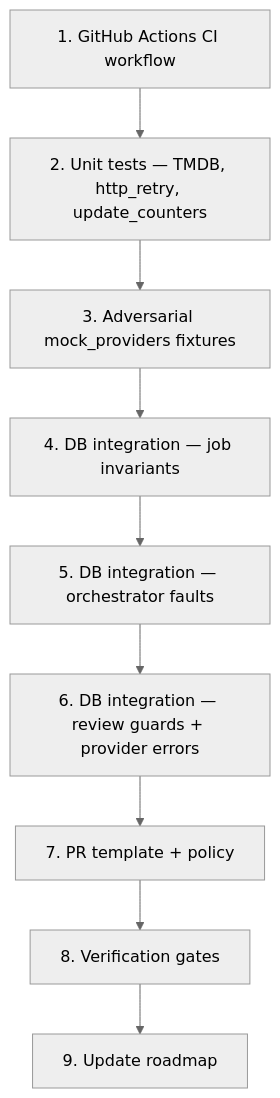
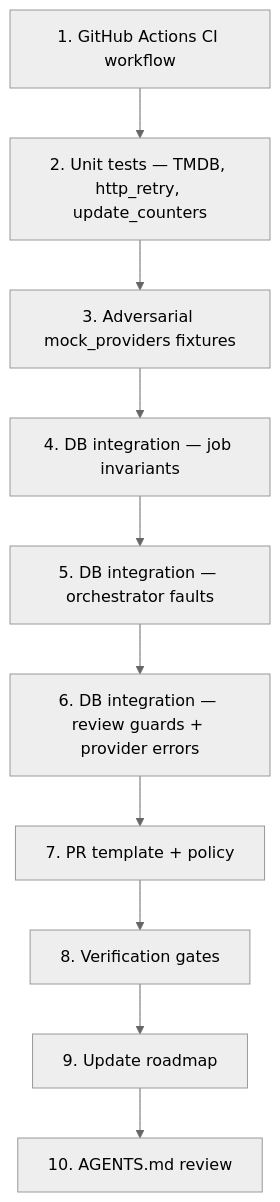
The diagram in documents/phase-2.5-plan.md (BlackLodgeLabs/cuebox), drawn with Mermaid (neutral theme) before and after one commit. The commit also changed other lines of this file, not shown here.

First line of the commit message:
phase-2.5: enhance execution plan with gates, roadmap tracking, and AGENTS.md review

````diff
--- a/documents/phase-2.5-plan.md
+++ b/documents/phase-2.5-plan.md
@@ -86,11 +89,12 @@
 ```mermaid
 flowchart TD
     A[1. GitHub Actions CI workflow] --> B[2. Unit tests — TMDB, http_retry, update_counters]
     B --> C[3. Adversarial mock_providers fixtures]
     C --> D[4. DB integration — job invariants]
     D --> E[5. DB integration — orchestrator faults]
     E --> F[6. DB integration — review guards + provider errors]
     F --> G[7. PR template + policy]
     G --> H[8. Verification gates]
     H --> I[9. Update roadmap]
+    I --> J[10. AGENTS.md review]
 ```
````
